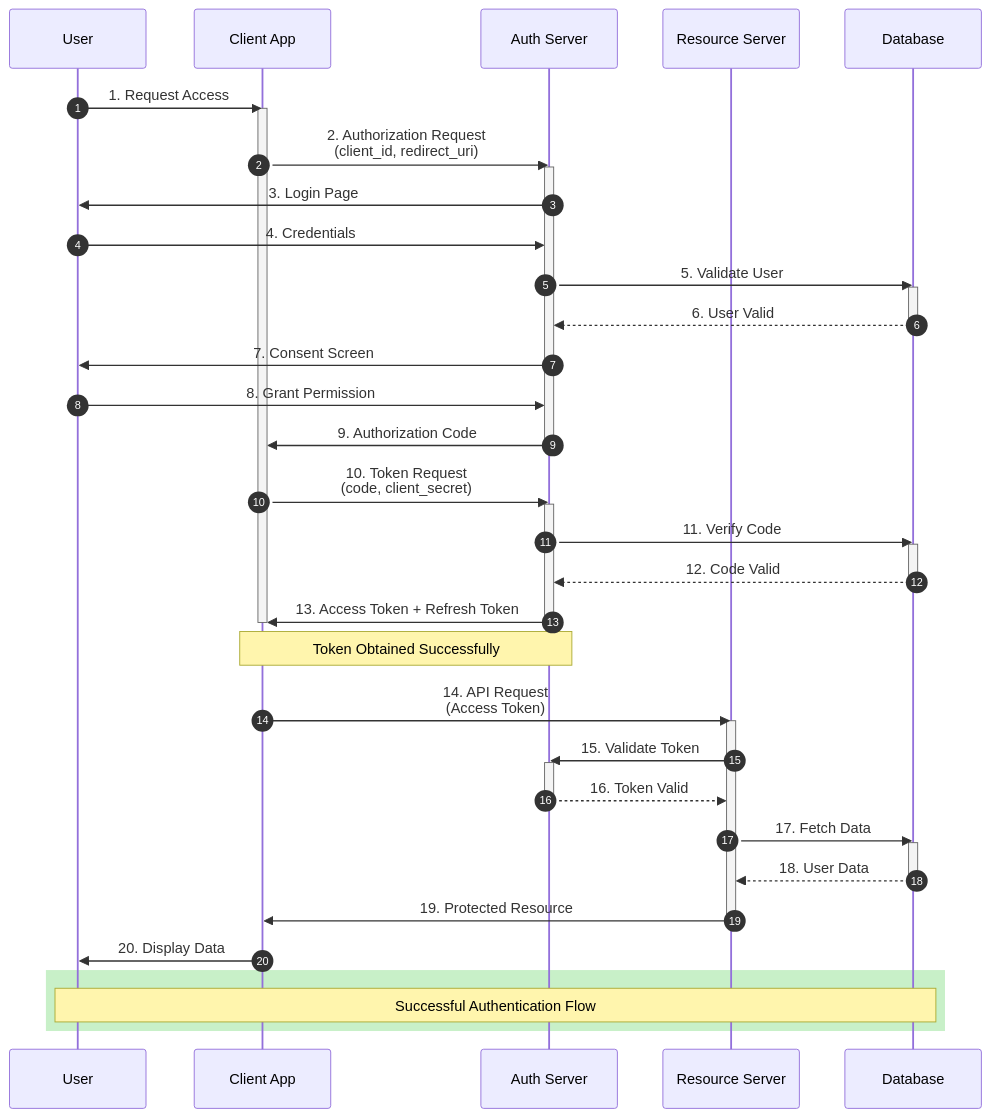
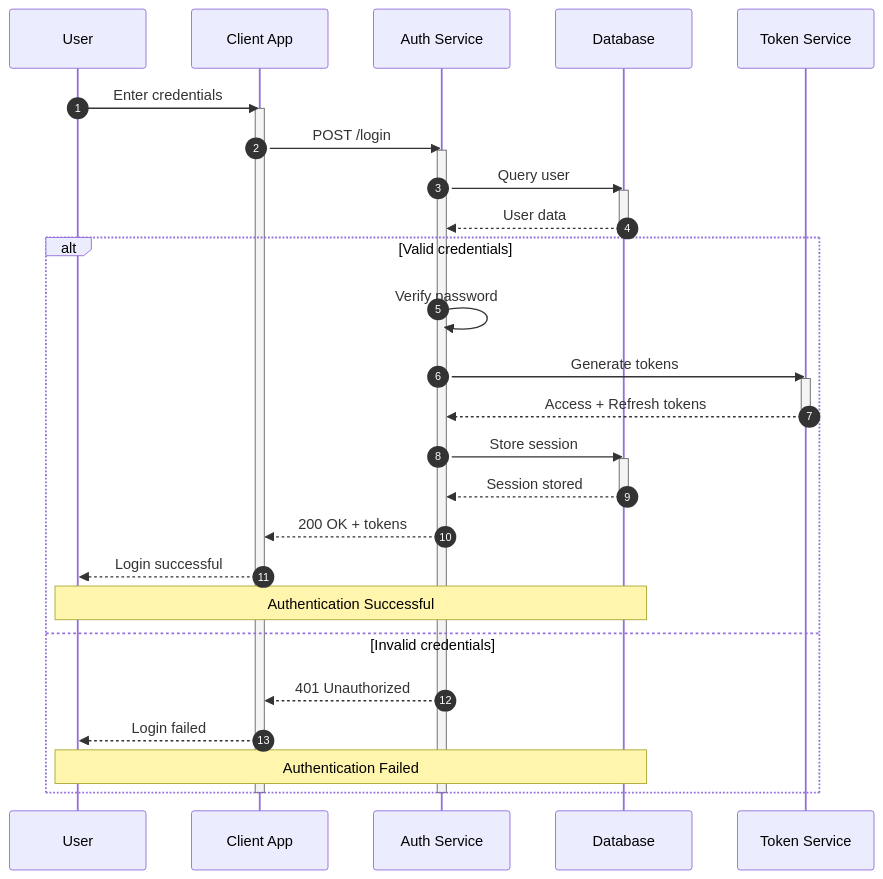
Before and after one commit to saugatapaul1010/RAG-Corrective: the fourth of 17 diagrams in Sample_Drawings.md, drawn with Mermaid. The commit also changed other lines of this file, not shown here.

````diff
--- a/Sample_Drawings.md
+++ b/Sample_Drawings.md
@@ -245,61 +255,46 @@
 ```mermaid
 sequenceDiagram
-    participant User
-    participant Client as Client App
-    participant Auth as Auth Server
-    participant Resource as Resource Server
-    participant DB as Database
+    autonumber
+    participant U as User
+    participant C as Client App
+    participant A as Auth Service
+    participant D as Database
+    participant T as Token Service
     
-    autonumber
+    U->>C: Enter credentials
+    activate C
+    C->>A: POST /login
+    activate A
     
-    User->>Client: 1. Request Access
-    activate Client
-    Client->>Auth: 2. Authorization Request<br/>(client_id, redirect_uri)
-    activate Auth
+    A->>D: Query user
+    activate D
+    D-->>A: User data
+    deactivate D
     
-    Auth->>User: 3. Login Page
-    User->>Auth: 4. Credentials
-    Auth->>DB: 5. Validate User
-    activate DB
-    DB-->>Auth: 6. User Valid
-    deactivate DB
+    alt Valid credentials
+        A->>A: Verify password
+        A->>T: Generate tokens
+        activate T
+        T-->>A: Access + Refresh tokens
+        deactivate T
+        
+        A->>D: Store session
+        activate D
+        D-->>A: Session stored
+        deactivate D
+        
+        A-->>C: 200 OK + tokens
+        C-->>U: Login successful
+        
+        Note over U,D: Authentication Successful
+        
+    else Invalid credentials
+        A-->>C: 401 Unauthorized
+        C-->>U: Login failed
+        
+        Note over U,D: Authentication Failed
+    end
     
-    Auth->>User: 7. Consent Screen
-    User->>Auth: 8. Grant Permission
-    
-    Auth->>Client: 9. Authorization Code
-    deactivate Auth
-    
-    Client->>Auth: 10. Token Request<br/>(code, client_secret)
-    activate Auth
-    Auth->>DB: 11. Verify Code
-    activate DB
-    DB-->>Auth: 12. Code Valid
-    deactivate DB
-    
-    Auth->>Client: 13. Access Token + Refresh Token
-    deactivate Auth
-    deactivate Client
-    
-    Note over Client,Auth: Token Obtained Successfully
-    
-    Client->>Resource: 14. API Request<br/>(Access Token)
-    activate Resource
-    Resource->>Auth: 15. Validate Token
-    activate Auth
-    Auth-->>Resource: 16. Token Valid
-    deactivate Auth
-    
-    Resource->>DB: 17. Fetch Data
-    activate DB
-    DB-->>Resource: 18. User Data
-    deactivate DB
-    
-    Resource->>Client: 19. Protected Resource
-    deactivate Resource
-    Client->>User: 20. Display Data
-    
-    rect rgb(200, 240, 200)
-        Note over User,DB: Successful Authentication Flow
-    end
+    deactivate A
+    deactivate C
 ```
````
